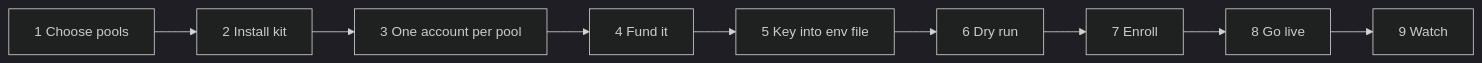
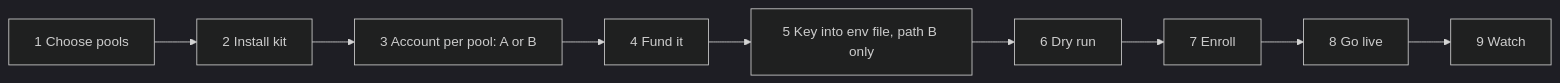
The diagram in docs/RUNBOOK.md (BitflowFinance/bitflow-market-maker-public), drawn with Mermaid (dark theme) before and after one commit. The commit also changed other lines of this file, not shown here.

First line of the commit message:
docs: offer two ways to give the bot an account

````diff
--- a/docs/RUNBOOK.md
+++ b/docs/RUNBOOK.md
@@ -121,11 +122,11 @@
 ```mermaid
 flowchart LR
   A[1 Choose pools] --> B[2 Install kit]
-  B --> C[3 One account per pool]
+  B --> C[3 Account per pool: A or B]
   C --> D[4 Fund it]
-  D --> E[5 Key into env file]
+  D --> E[5 Key into env file, path B only]
   E --> F[6 Dry run]
   F --> G[7 Enroll]
   G --> H[8 Go live]
   H --> I[9 Watch]
 ```
````
